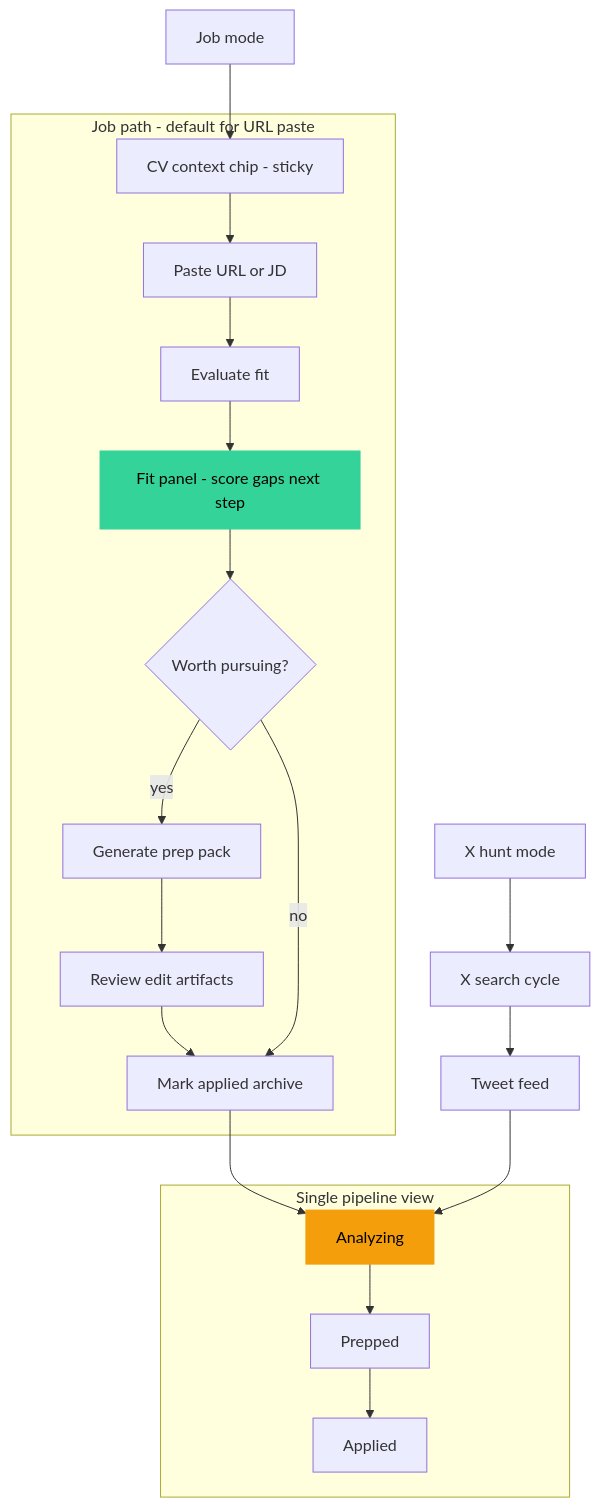
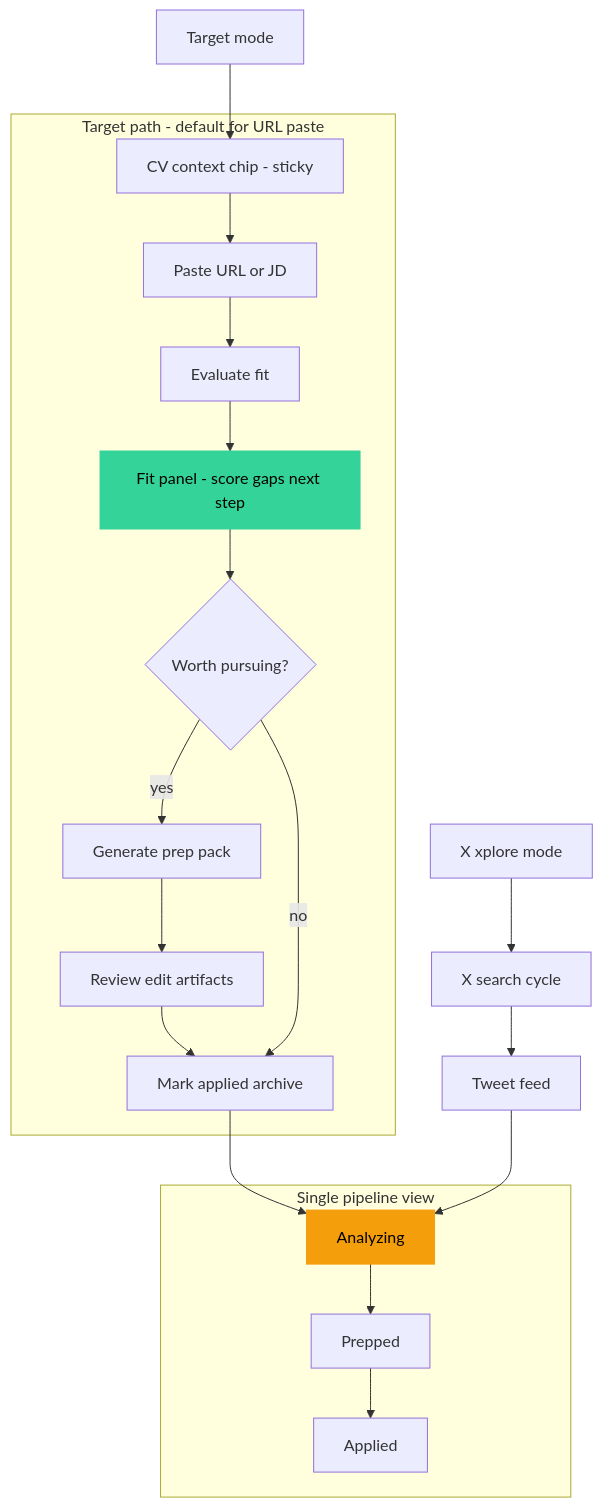
The third of 6 diagrams in reports/ux-review-v0.1-dogfood.md (p10ns11y/collab-finder), drawn with Mermaid before and after one commit. The commit also changed other lines of this file and 31 other files, not shown here.

First line of the commit message:
chore: deepest clean of legacy terminology (Job/JobTarget -> Opportunity/Target, Hunt -> Xplore)

````diff
--- a/reports/ux-review-v0.1-dogfood.md
+++ b/reports/ux-review-v0.1-dogfood.md
@@ -156,37 +156,37 @@
 ```mermaid
 flowchart TB
-  JM[Job mode]
-  XM[X hunt mode]
+  JM[Target mode]
+  XM[X xplore mode]
 
-  subgraph JobPath["Job path - default for URL paste"]
+  subgraph JobPath["Target path - default for URL paste"]
     A1["CV context chip - sticky"]
     A2[Paste URL or JD]
     A3[Evaluate fit]
     A4["Fit panel - score gaps next step"]
     A5{Worth pursuing?}
     A6[Generate prep pack]
     A7["Review edit artifacts"]
     A8["Mark applied archive"]
   end
 
   subgraph Pipeline["Single pipeline view"]
     P1[Analyzing]
     P2[Prepped]
     P3[Applied]
   end
 
   B1[X search cycle]
   B2[Tweet feed]
 
   JM --> A1
   A1 --> A2 --> A3 --> A4 --> A5
   A5 -->|yes| A6 --> A7 --> A8
   A5 -->|no| A8
   A8 --> P1
   P1 --> P2 --> P3
 
   XM --> B1 --> B2 --> P1
 
   style A4 fill:#34d399,stroke:#34d399,color:#000
   style P1 fill:#f59e0b,stroke:#f59e0b,color:#000
 ```
````
